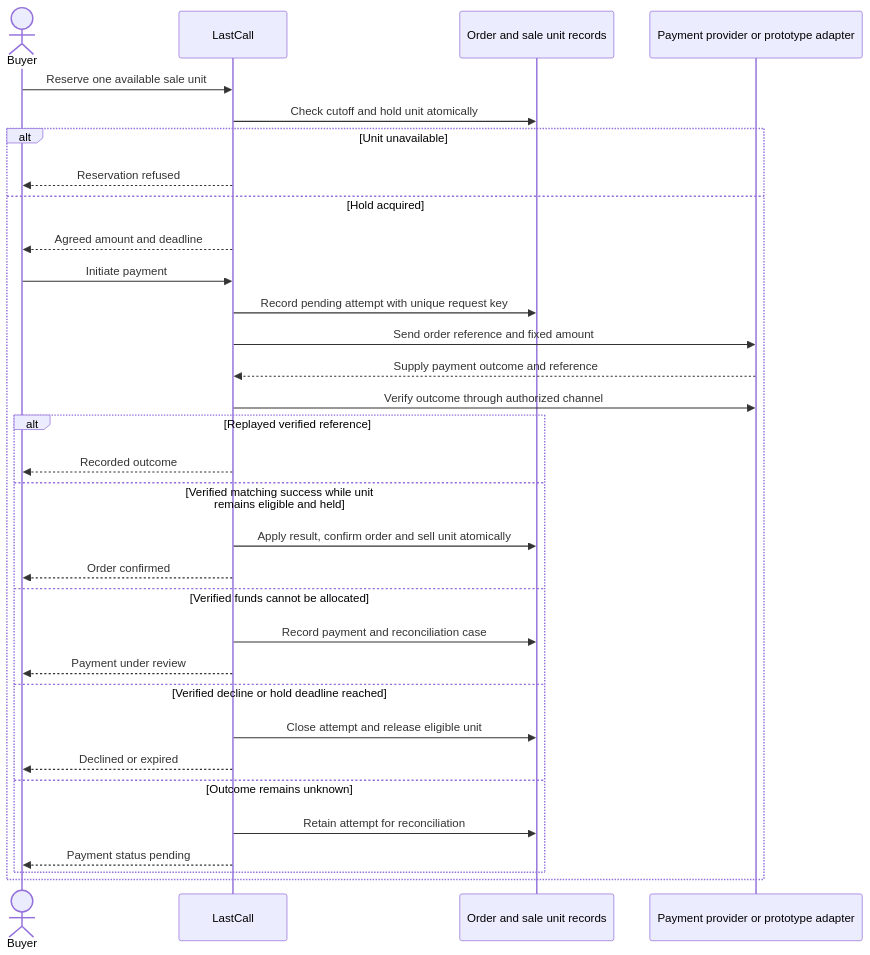
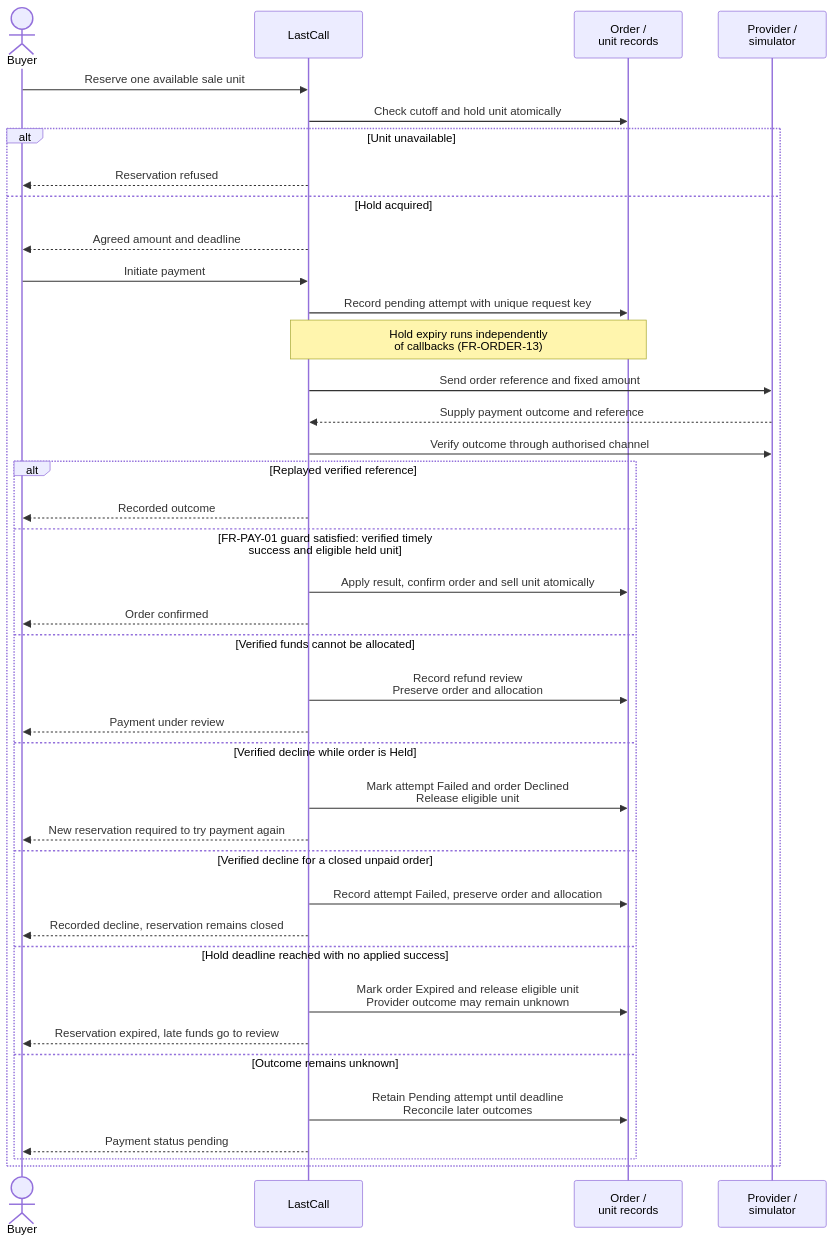
Before and after one commit to aunabil-abtahi/lastcall-sad: diagram 12 of 19 in docs/05-srs/SRS.md, drawn with Mermaid. The commit also changed other lines of this file, not shown here.

Commit message:
docs: correct SRS review findings

````diff
--- a/docs/05-srs/SRS.md
+++ b/docs/05-srs/SRS.md
@@ -831,34 +939,41 @@
 ```mermaid
 sequenceDiagram
  actor Buyer
  participant LC as LastCall
- participant DB as Order and sale unit records
- participant Provider as Payment provider or prototype adapter
+ participant DB as Order /<br/>unit records
+ participant Provider as Provider /<br/>simulator
  Buyer->>LC: Reserve one available sale unit
  LC->>DB: Check cutoff and hold unit atomically
  alt Unit unavailable
  LC-->>Buyer: Reservation refused
  else Hold acquired
  LC-->>Buyer: Agreed amount and deadline
  Buyer->>LC: Initiate payment
  LC->>DB: Record pending attempt with unique request key
+ Note over LC,DB: Hold expiry runs independently<br/>of callbacks (FR-ORDER-13)
  LC->>Provider: Send order reference and fixed amount
  Provider-->>LC: Supply payment outcome and reference
- LC->>Provider: Verify outcome through authorized channel
+ LC->>Provider: Verify outcome through authorised channel
  alt Replayed verified reference
  LC-->>Buyer: Recorded outcome
- else Verified matching success while unit remains eligible and held
+ else FR-PAY-01 guard satisfied: verified timely success and eligible held unit
  LC->>DB: Apply result, confirm order and sell unit atomically
  LC-->>Buyer: Order confirmed
  else Verified funds cannot be allocated
- LC->>DB: Record payment and reconciliation case
+ LC->>DB: Record refund review<br/>Preserve order and allocation
  LC-->>Buyer: Payment under review
- else Verified decline or hold deadline reached
- LC->>DB: Close attempt and release eligible unit
- LC-->>Buyer: Declined or expired
+ else Verified decline while order is Held
+ LC->>DB: Mark attempt Failed and order Declined<br/>Release eligible unit
+ LC-->>Buyer: New reservation required to try payment again
+ else Verified decline for a closed unpaid order
+ LC->>DB: Record attempt Failed, preserve order and allocation
+ LC-->>Buyer: Recorded decline, reservation remains closed
+ else Hold deadline reached with no applied success
+ LC->>DB: Mark order Expired and release eligible unit<br/>Provider outcome may remain unknown
+ LC-->>Buyer: Reservation expired, late funds go to review
  else Outcome remains unknown
- LC->>DB: Retain attempt for reconciliation
+ LC->>DB: Retain Pending attempt until deadline<br/>Reconcile later outcomes
  LC-->>Buyer: Payment status pending
  end
  end
 ```
````
